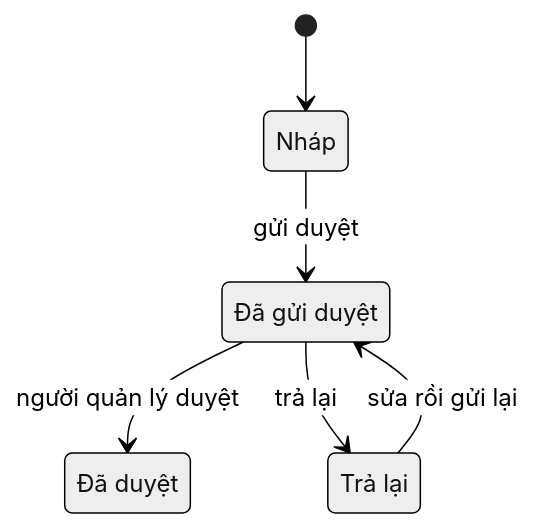
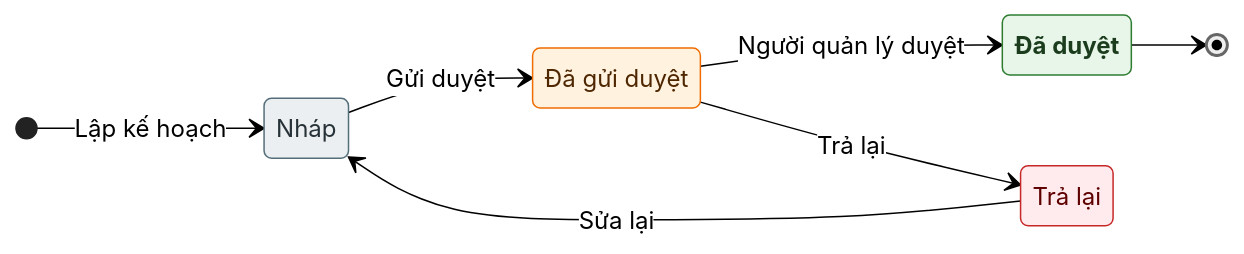
Before and after one commit to luckyshopvn/school_management: diagram 17 of 17 in tai_lieu/34_TONG_HOP_CHUC_NANG_HE_THONG/03_DAY_HOC_VA_KIEM_TRA_DANH_GIA.md, drawn with Mermaid (neutral theme). The commit also changed other lines of this file and 8 other files, not shown here.

First line of the commit message:
Tài liệu 34: vẽ lại toàn bộ sơ đồ cho trực quan, thêm bản PDF gộp

````diff
--- a/tai_lieu/34_TONG_HOP_CHUC_NANG_HE_THONG/03_DAY_HOC_VA_KIEM_TRA_DANH_GIA.md
+++ b/tai_lieu/34_TONG_HOP_CHUC_NANG_HE_THONG/03_DAY_HOC_VA_KIEM_TRA_DANH_GIA.md
@@ -622,12 +1075,26 @@
 ```mermaid
 stateDiagram-v2
-    state "Nháp" as draft
-    state "Đã gửi duyệt" as submitted
-    state "Đã duyệt" as approved
-    state "Trả lại" as rejected
-    [*] --> draft
-    draft --> submitted : gửi duyệt
-    rejected --> submitted : sửa rồi gửi lại
-    submitted --> approved : người quản lý duyệt
-    submitted --> rejected : trả lại
+  direction LR
+  classDef nhap fill:#eceff1,stroke:#546e7a,color:#263238
+  classDef cho fill:#fff3e0,stroke:#ef6c00,color:#4e2600
+  classDef dang fill:#e3f2fd,stroke:#1565c0,color:#0d2a4a
+  classDef xong fill:#e8f5e9,stroke:#2e7d32,color:#1b3d1d,font-weight:bold
+  classDef huy fill:#ffebee,stroke:#c62828,color:#5f0000
+
+  state "Nháp" as draft
+  state "Đã gửi duyệt" as submitted
+  state "Đã duyệt" as approved
+  state "Trả lại" as rejected
+
+  [*] --> draft : Lập kế hoạch
+  draft --> submitted : Gửi duyệt
+  submitted --> approved : Người quản lý duyệt
+  submitted --> rejected : Trả lại
+  rejected --> draft : Sửa lại
+  approved --> [*]
+
+  class draft nhap
+  class submitted cho
+  class approved xong
+  class rejected huy
 ```
````
